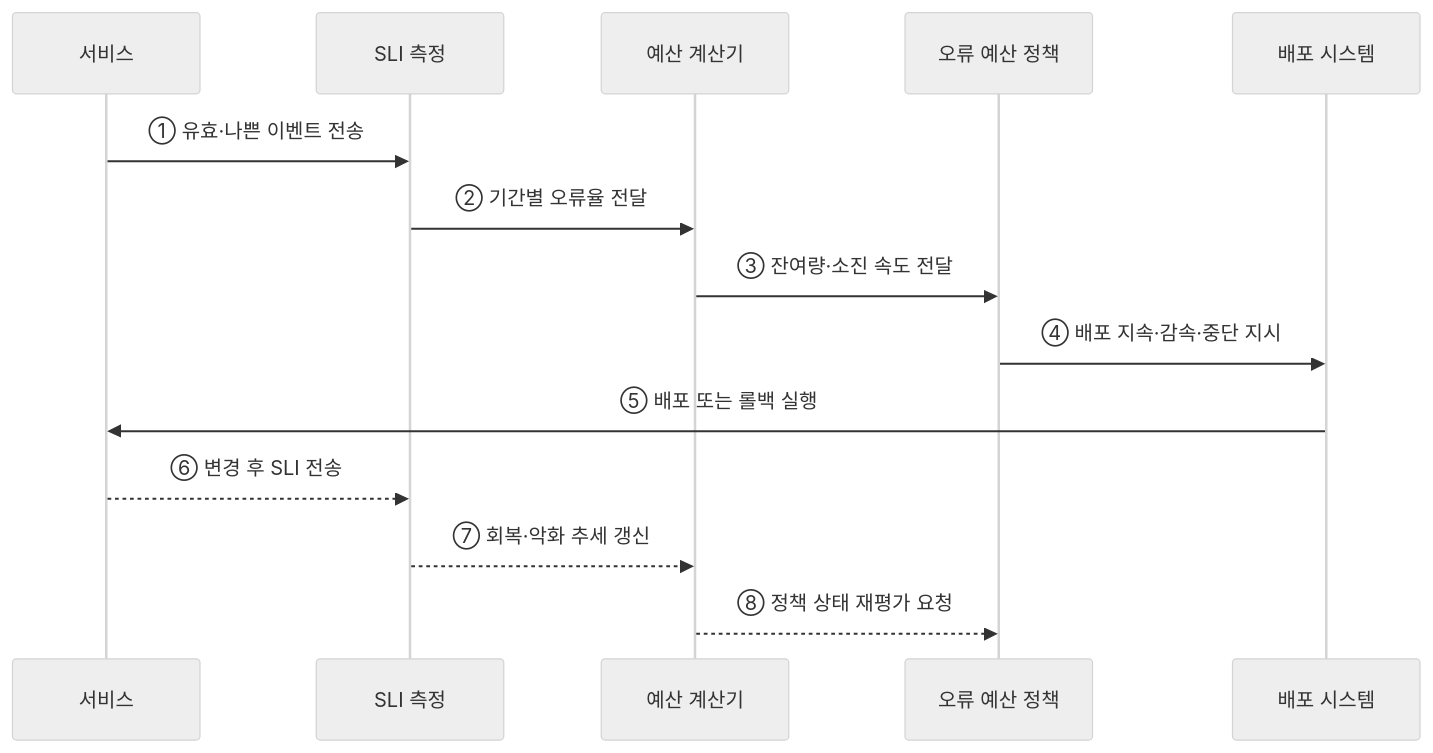
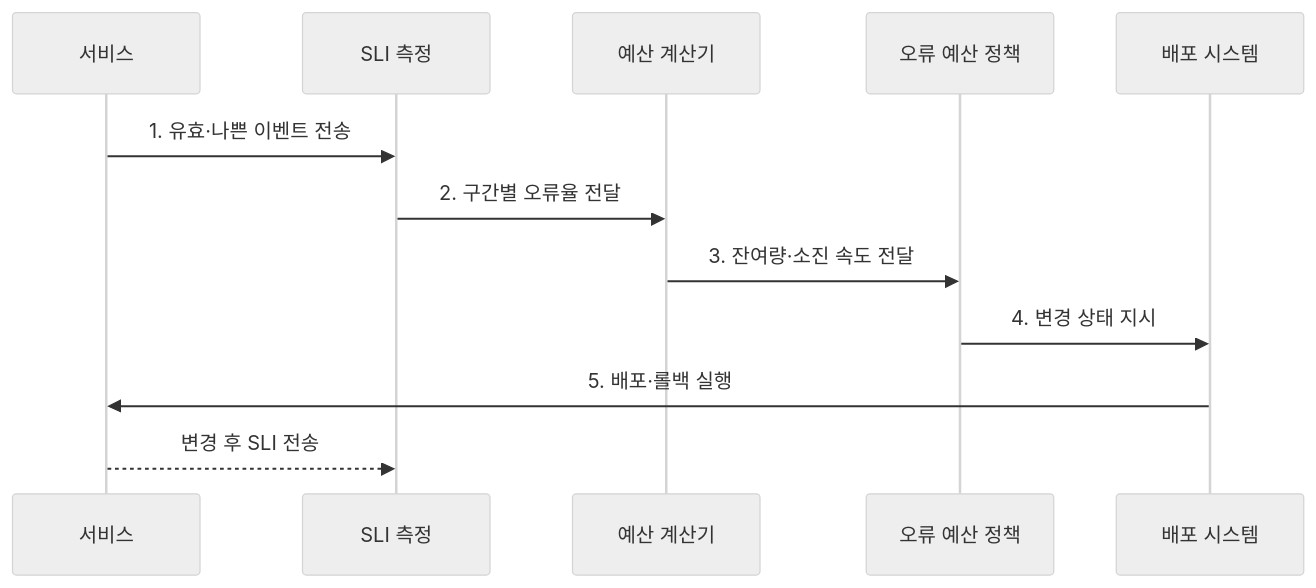
One commit to agnusdei1207/knowledge-base changed the second of 2 diagrams in src/content/docs/notes/03-software/166_error_budget.md. Above: the diagram before and after it, drawn with Mermaid (neutral theme). The commit also changed other lines of this file and 20 other files, not shown here.

````diff
--- a/src/content/docs/notes/03-software/166_error_budget.md
+++ b/src/content/docs/notes/03-software/166_error_budget.md
@@ -68,16 +81,14 @@
 ```mermaid
 sequenceDiagram
     participant S as 서비스
     participant M as SLI 측정
     participant C as 예산 계산기
     participant P as 오류 예산 정책
     participant D as 배포 시스템
-    S->>M: ① 유효·나쁜 이벤트 전송
-    M->>C: ② 기간별 오류율 전달
-    C->>P: ③ 잔여량·소진 속도 전달
-    P->>D: ④ 배포 지속·감속·중단 지시
-    D->>S: ⑤ 배포 또는 롤백 실행
-    S-->>M: ⑥ 변경 후 SLI 전송
-    M-->>C: ⑦ 회복·악화 추세 갱신
-    C-->>P: ⑧ 정책 상태 재평가 요청
+    S->>M: 1. 유효·나쁜 이벤트 전송
+    M->>C: 2. 구간별 오류율 전달
+    C->>P: 3. 잔여량·소진 속도 전달
+    P->>D: 4. 변경 상태 지시
+    D->>S: 5. 배포·롤백 실행
+    S-->>M: 변경 후 SLI 전송
 ```
````
